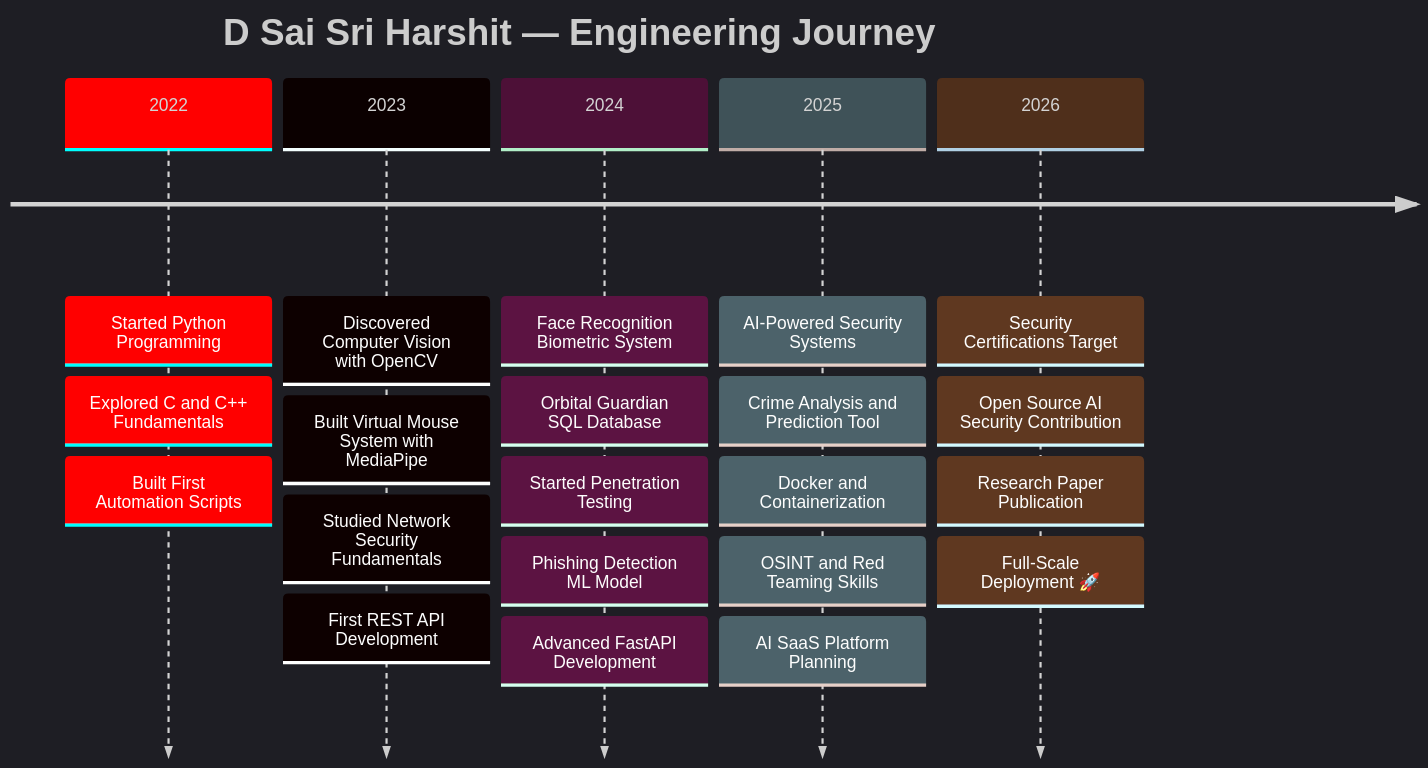
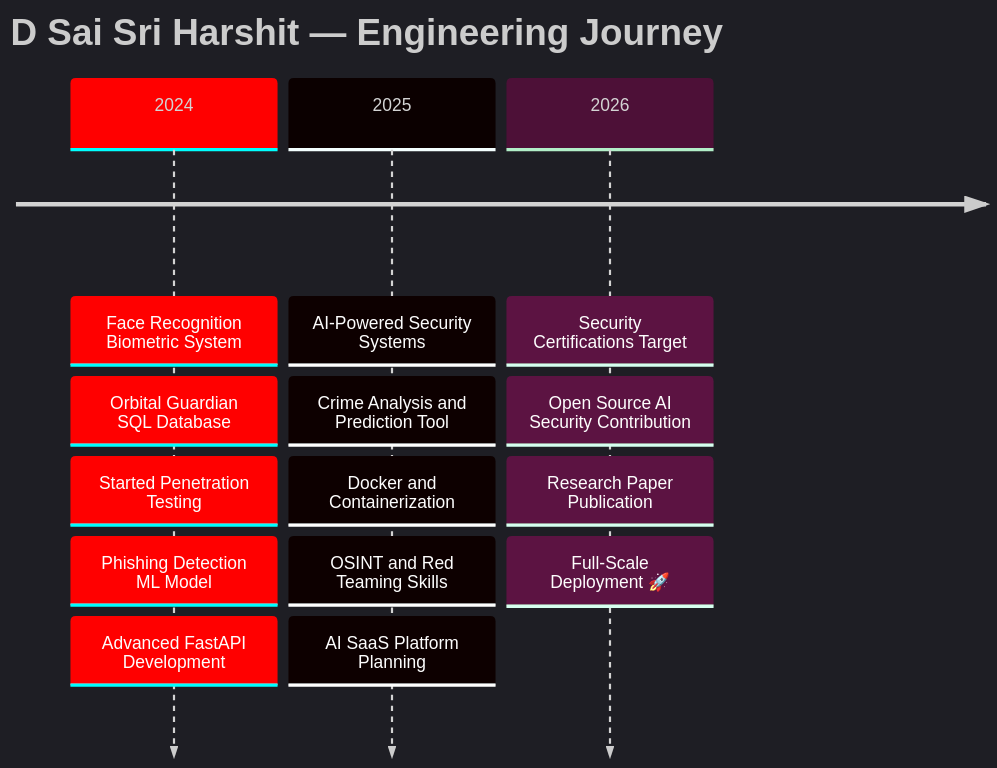
One commit to dsaisrih/dsaisrih changed the first of 2 diagrams in README.md. Above: the diagram before and after it, drawn with Mermaid. The commit also changed other lines of this file, not shown here.

````diff
--- a/README.md
+++ b/README.md
@@ -174,26 +176,19 @@
 ```mermaid
 %%{init: {'theme': 'dark', 'themeVariables': { 'primaryColor': '#ff0000', 'edgeLabelBackground':'#1a0000', 'tertiaryColor': '#0d0d0d'}}}%%
 timeline
     title D Sai Sri Harshit — Engineering Journey
-    2022 : Started Python Programming
-         : Explored C and C++ Fundamentals
-         : Built First Automation Scripts
-    2023 : Discovered Computer Vision with OpenCV
-         : Built Virtual Mouse System with MediaPipe
-         : Studied Network Security Fundamentals
-         : First REST API Development
     2024 : Face Recognition Biometric System
          : Orbital Guardian SQL Database
          : Started Penetration Testing
          : Phishing Detection ML Model
          : Advanced FastAPI Development
     2025 : AI-Powered Security Systems
          : Crime Analysis and Prediction Tool
          : Docker and Containerization
          : OSINT and Red Teaming Skills
          : AI SaaS Platform Planning
     2026 : Security Certifications Target
          : Open Source AI Security Contribution
          : Research Paper Publication
          : Full-Scale Deployment 🚀
 ```
````
